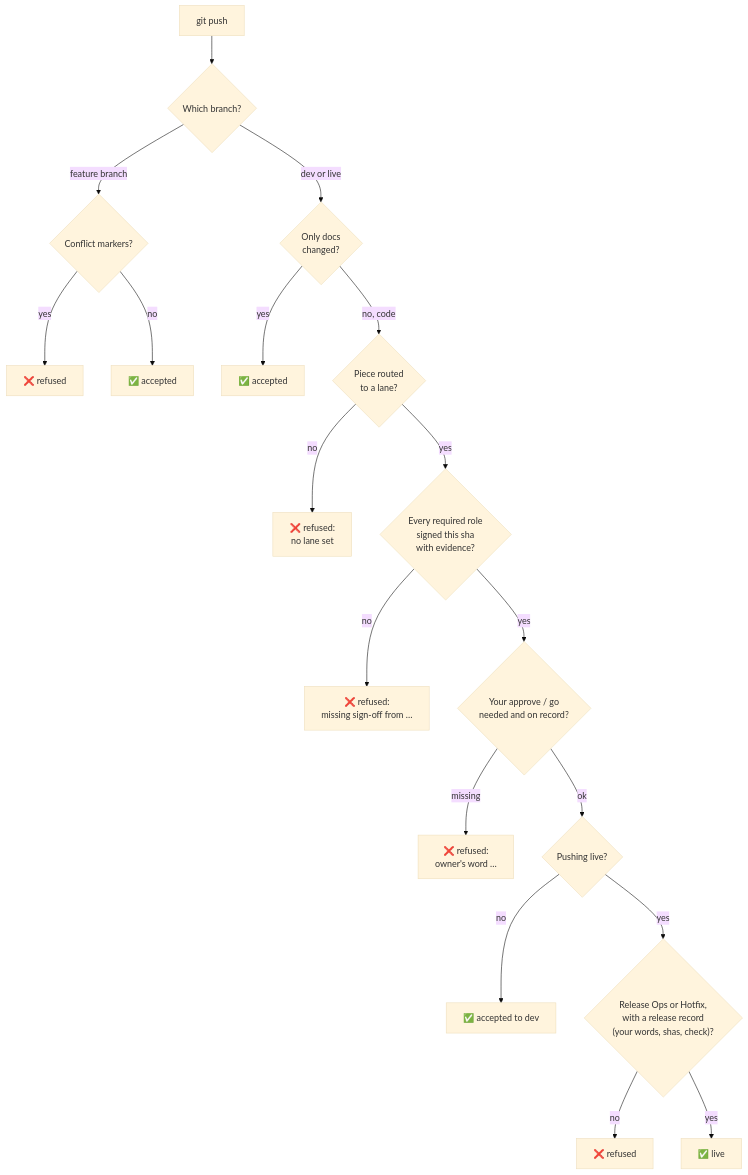
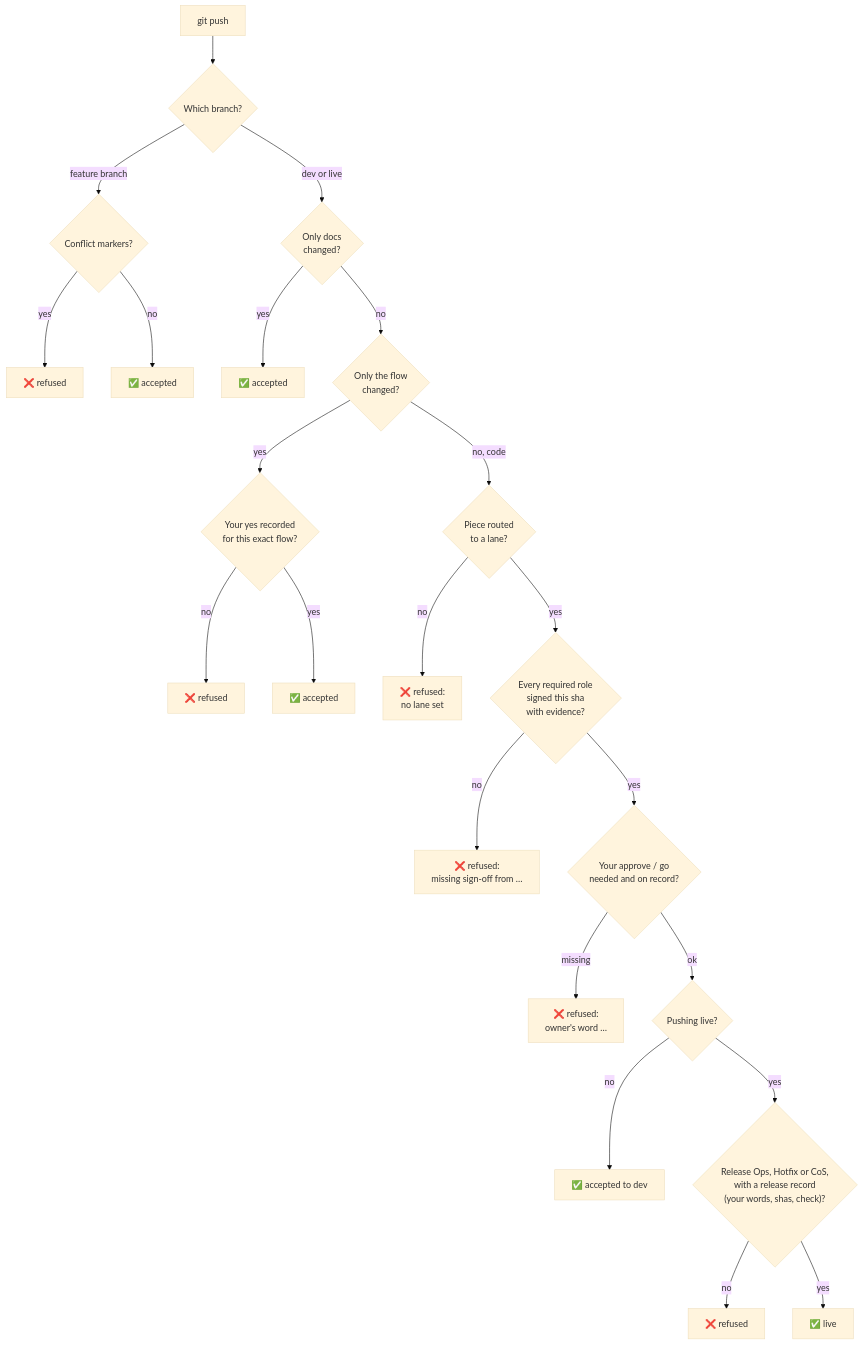
One commit to AnfalHaider/Bootstrap-environment changed the fourth of 6 diagrams in README.md. Above: the diagram before and after it, drawn with Mermaid (base theme). The commit also changed other lines of this file and 38 other files, not shown here.

First line of the commit message:
0.6.0: one contact, optional sessions, your branches, recorded yes for flow and kit changes

````diff
--- a/README.md
+++ b/README.md
@@ -167,20 +170,24 @@
 ```mermaid
 flowchart TD
   P["git push"] --> T{"Which branch?"}
   T -->|"feature branch"| CM{"Conflict markers?"}
   CM -->|"yes"| R1["❌ refused"]
   CM -->|"no"| OK1["✅ accepted"]
   T -->|"dev or live"| DOCS{"Only docs<br/>changed?"}
   DOCS -->|"yes"| OK2["✅ accepted"]
-  DOCS -->|"no, code"| ROUTE{"Piece routed<br/>to a lane?"}
+  DOCS -->|"no"| FLOWQ{"Only the flow<br/>changed?"}
+  FLOWQ -->|"yes"| FREC{"Your yes recorded<br/>for this exact flow?"}
+  FREC -->|"no"| R6["❌ refused"]
+  FREC -->|"yes"| OK5["✅ accepted"]
+  FLOWQ -->|"no, code"| ROUTE{"Piece routed<br/>to a lane?"}
   ROUTE -->|"no"| R2["❌ refused:<br/>no lane set"]
   ROUTE -->|"yes"| SIGN{"Every required role<br/>signed this sha<br/>with evidence?"}
   SIGN -->|"no"| R3["❌ refused:<br/>missing sign-off from …"]
   SIGN -->|"yes"| WORD{"Your approve / go<br/>needed and on record?"}
   WORD -->|"missing"| R4["❌ refused:<br/>owner's word …"]
   WORD -->|"ok"| LIVE{"Pushing live?"}
   LIVE -->|"no"| OK3["✅ accepted to dev"]
-  LIVE -->|"yes"| REC{"Release Ops or Hotfix,<br/>with a release record<br/>(your words, shas, check)?"}
+  LIVE -->|"yes"| REC{"Release Ops, Hotfix or CoS,<br/>with a release record<br/>(your words, shas, check)?"}
   REC -->|"no"| R5["❌ refused"]
   REC -->|"yes"| OK4["✅ live"]
 ```
````
